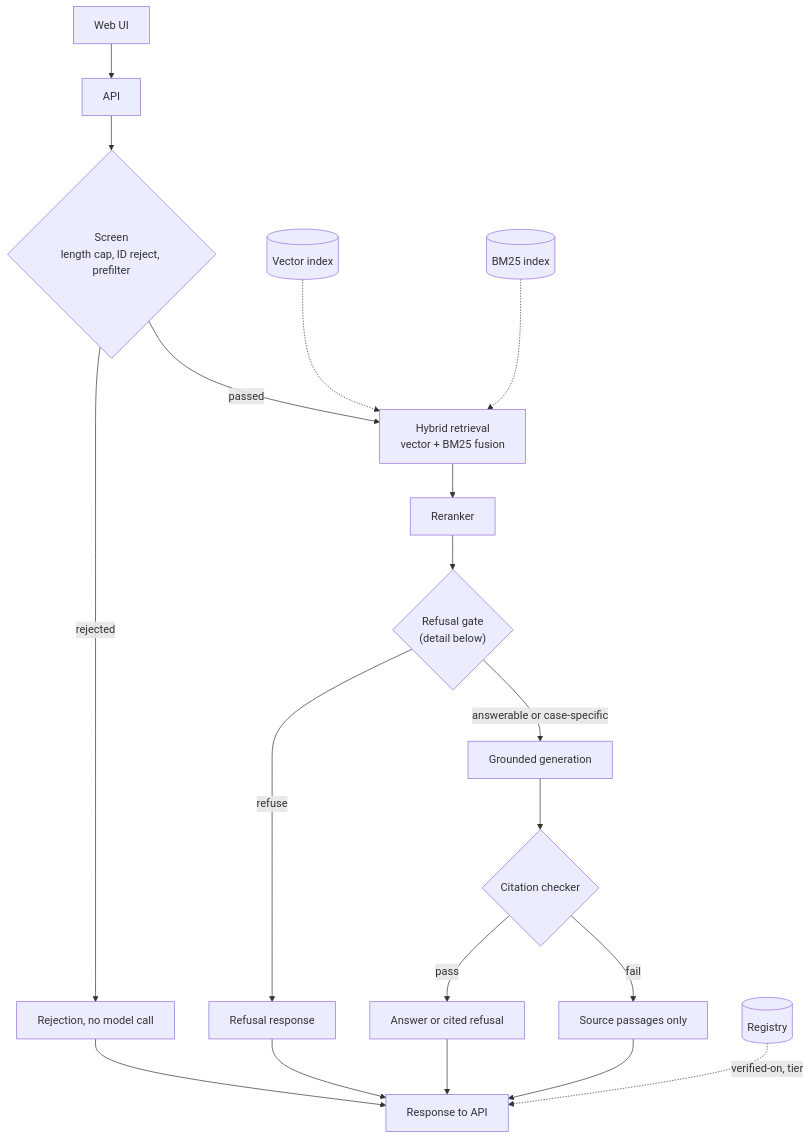
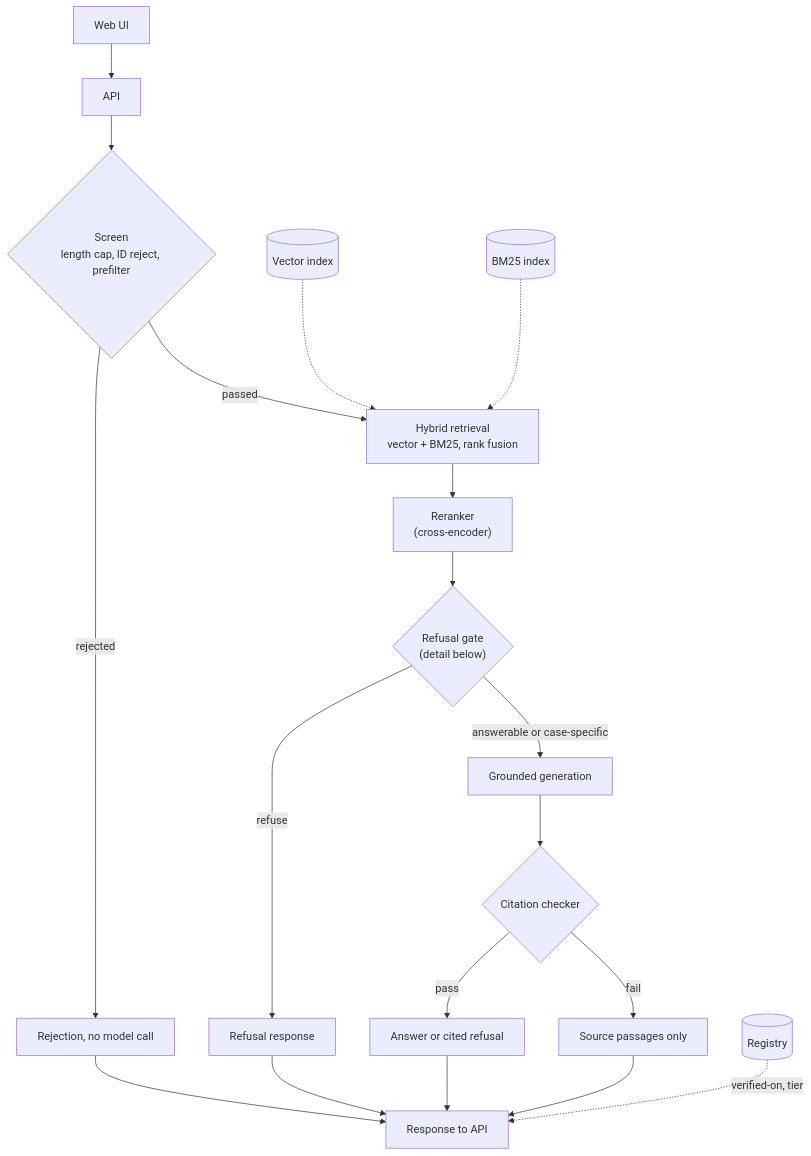
One commit to hemanta12/f1-waypoint changed the third of 6 diagrams in docs/core/Architecture.md. Above: the diagram before and after it, drawn with Mermaid. The commit also changed 4 other files, not shown here.

First line of the commit message:
docs: reflect hybrid retrieval in public docs

````diff
--- a/docs/core/Architecture.md
+++ b/docs/core/Architecture.md
@@ -48,21 +48,21 @@
 ```mermaid
 flowchart TD
   UI["Web UI"] --> API["API"]
   API --> SCR{"Screen<br/>length cap, ID reject, prefilter"}
   SCR -->|"rejected"| REJ["Rejection, no model call"]
-  SCR -->|"passed"| RET["Hybrid retrieval<br/>vector + BM25 fusion"]
-  RET --> RR["Reranker"]
+  SCR -->|"passed"| RET["Hybrid retrieval<br/>vector + BM25, rank fusion"]
+  RET --> RR["Reranker<br/>(cross-encoder)"]
   RR --> GATE{"Refusal gate<br/>(detail below)"}
   GATE -->|"refuse"| REF["Refusal response"]
   GATE -->|"answerable or case-specific"| GEN["Grounded generation"]
   GEN --> CHK{"Citation checker"}
   CHK -->|"pass"| ANS["Answer or cited refusal"]
   CHK -->|"fail"| FB["Source passages only"]
   REJ --> OUT["Response to API"]
   REF --> OUT
   ANS --> OUT
   FB --> OUT
   VEC[("Vector index")] -.-> RET
   BM[("BM25 index")] -.-> RET
   REG[("Registry")] -.->|"verified-on, tier"| OUT
 ```
````
